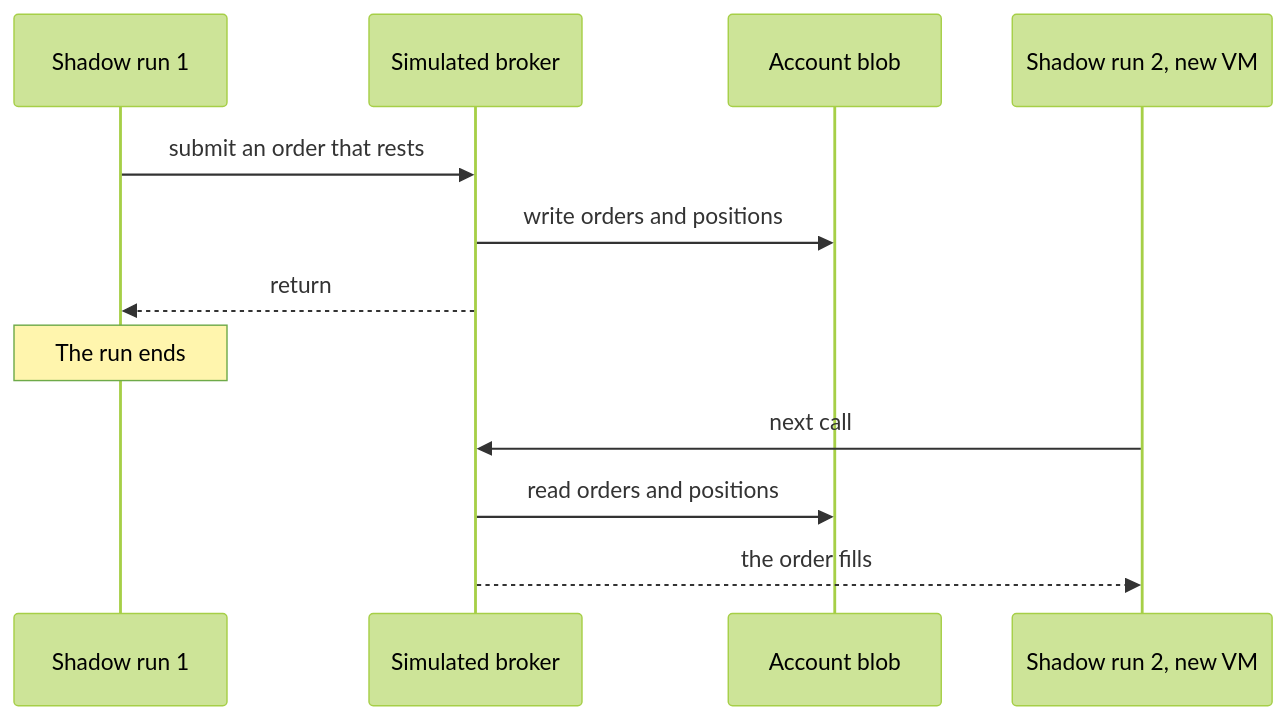
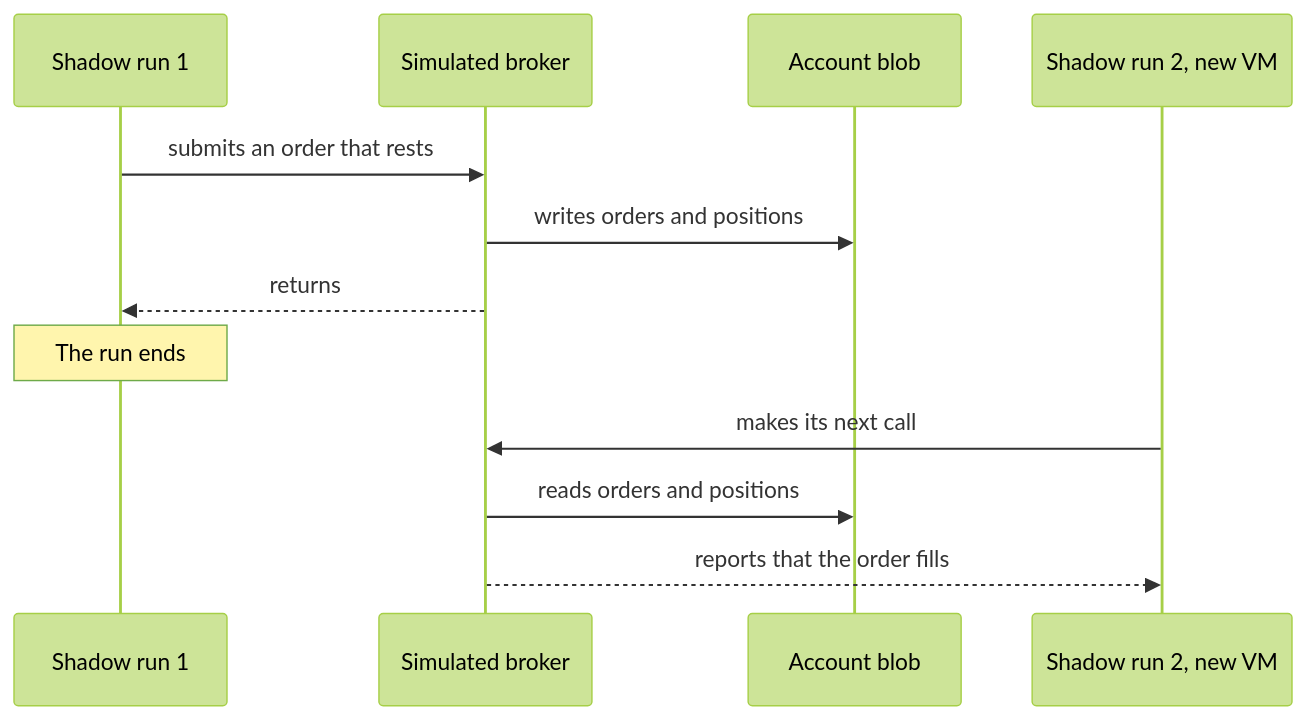
One commit to l3a0/ithildin-runtime changed diagram 11 of 35 in docs/architecture.md. Above: the diagram before and after it, drawn with Mermaid (forest theme). The commit also changed other lines of this file and 2 other files, not shown here.

First line of the commit message:
docs: restyle the words in the Mermaid diagrams

````diff
--- a/docs/architecture.md
+++ b/docs/architecture.md
@@ -659,14 +659,14 @@
 ```mermaid
 sequenceDiagram
     participant R1 as Shadow run 1
     participant S as Simulated broker
     participant B as Account blob
     participant R2 as Shadow run 2, new VM
-    R1->>S: submit an order that rests
-    S->>B: write orders and positions
-    S-->>R1: return
+    R1->>S: submits an order that rests
+    S->>B: writes orders and positions
+    S-->>R1: returns
     Note over R1: The run ends
-    R2->>S: next call
-    S->>B: read orders and positions
-    S-->>R2: the order fills
+    R2->>S: makes its next call
+    S->>B: reads orders and positions
+    S-->>R2: reports that the order fills
 ```
````
